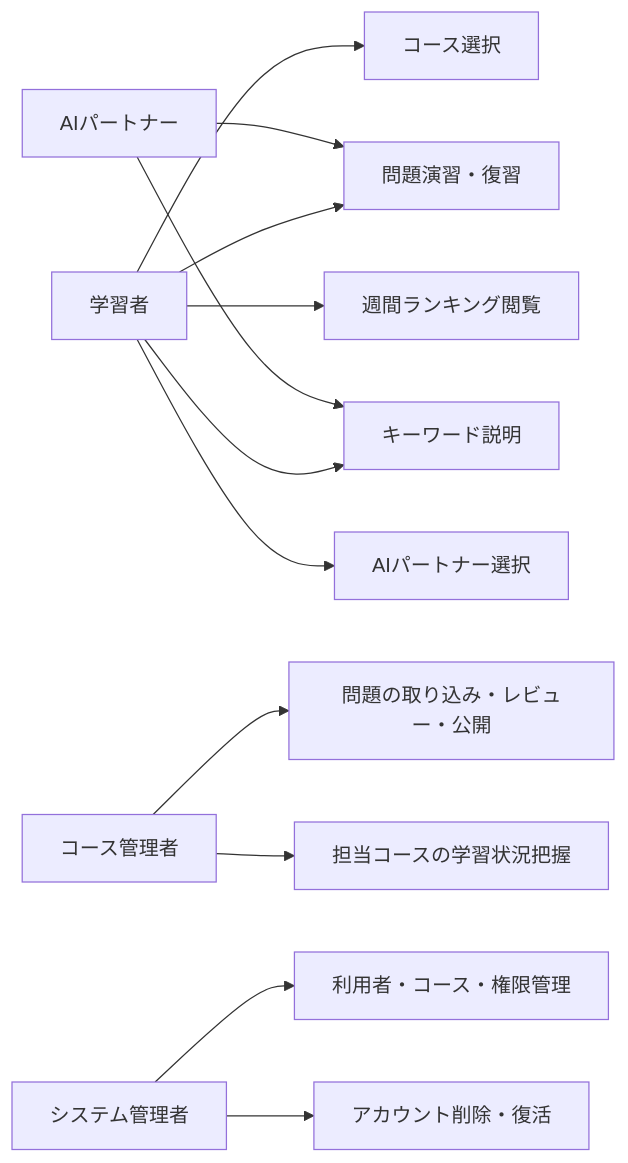
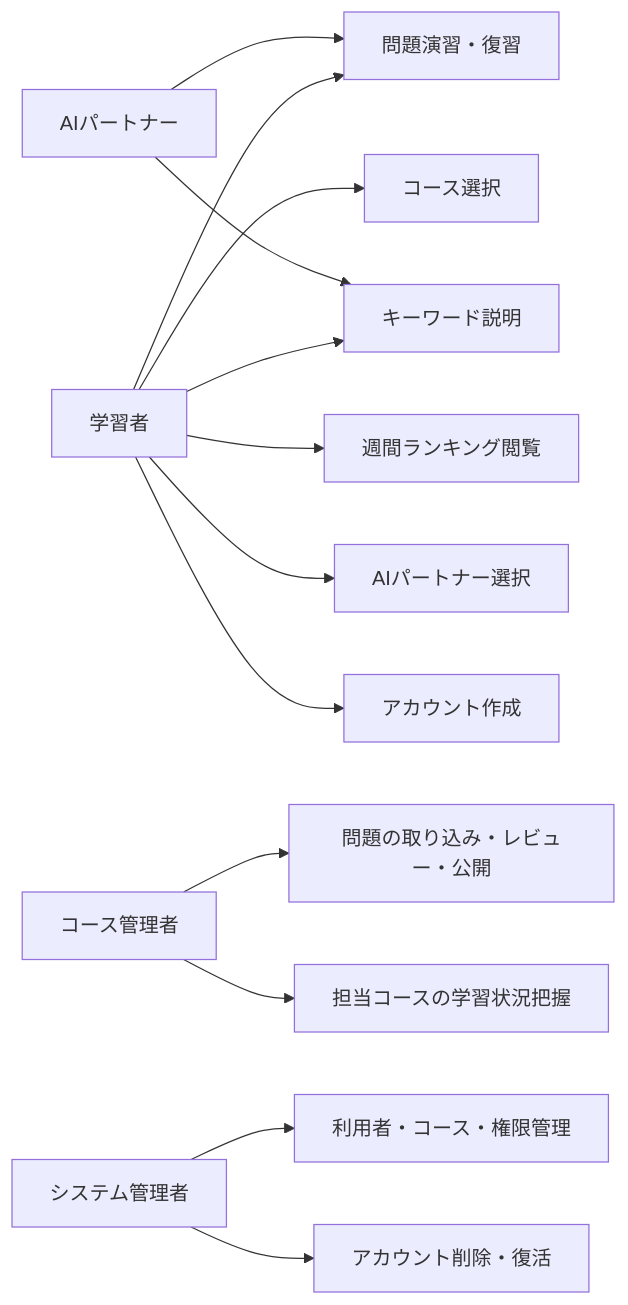
The second of 10 diagrams in documents/要件定義書_RPG学習アプリ.md (pocarialice/rpglearning), drawn with Mermaid before and after one commit. The commit also changed other lines of this file and 22 other files, not shown here.

````diff
--- a/documents/要件定義書_RPG学習アプリ.md
+++ b/documents/要件定義書_RPG学習アプリ.md
@@ -80,14 +80,15 @@
 ```mermaid
 flowchart LR
   L[学習者] --> C1[コース選択]
   L --> C2[問題演習・復習]
   L --> C3[キーワード説明]
   L --> C4[週間ランキング閲覧]
   L --> C5[AIパートナー選択]
+  L --> C6[アカウント作成]
   CM[コース管理者] --> D1[問題の取り込み・レビュー・公開]
   CM --> D2[担当コースの学習状況把握]
   SA[システム管理者] --> E1[利用者・コース・権限管理]
   SA --> E2[アカウント削除・復活]
   AI[AIパートナー] --> C2
   AI --> C3
 ```
````
